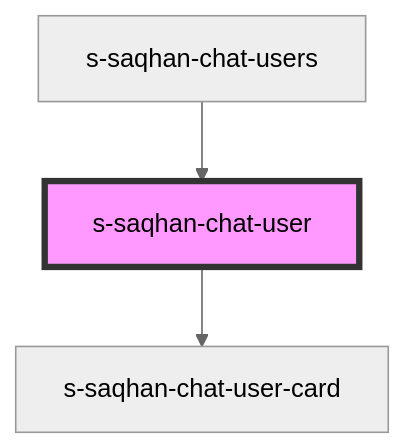
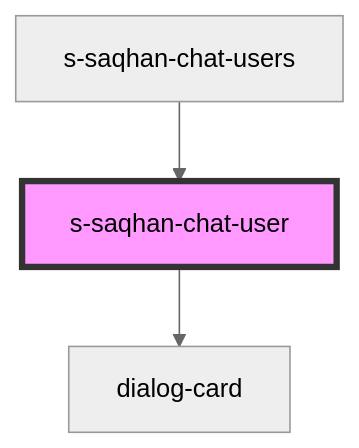
The diagram in src/components/module/module-chat/res/view/s-saqhan-chat-app/res/view/s-saqhan-chat-users-wrapper/res/view/s-saqhan-chat-users/res/view/s-saqhan-chat-user/readme.md (saqhan/stencil-chat), drawn with Mermaid (neutral theme) before and after one commit. The commit also changed other lines of this file and 19 other files, not shown here.

````diff
--- a/src/components/module/module-chat/res/view/s-saqhan-chat-app/res/view/s-saqhan-chat-users-wrapper/res/view/s-saqhan-chat-users/res/view/s-saqhan-chat-user/readme.md
+++ b/src/components/module/module-chat/res/view/s-saqhan-chat-app/res/view/s-saqhan-chat-users-wrapper/res/view/s-saqhan-chat-users/res/view/s-saqhan-chat-user/readme.md
@@ -26,6 +26,6 @@
 ```mermaid
 graph TD;
-  s-saqhan-chat-user --> s-saqhan-chat-user-card
+  s-saqhan-chat-user --> dialog-card
   s-saqhan-chat-users --> s-saqhan-chat-user
   style s-saqhan-chat-user fill:#f9f,stroke:#333,stroke-width:4px
 ```
````
